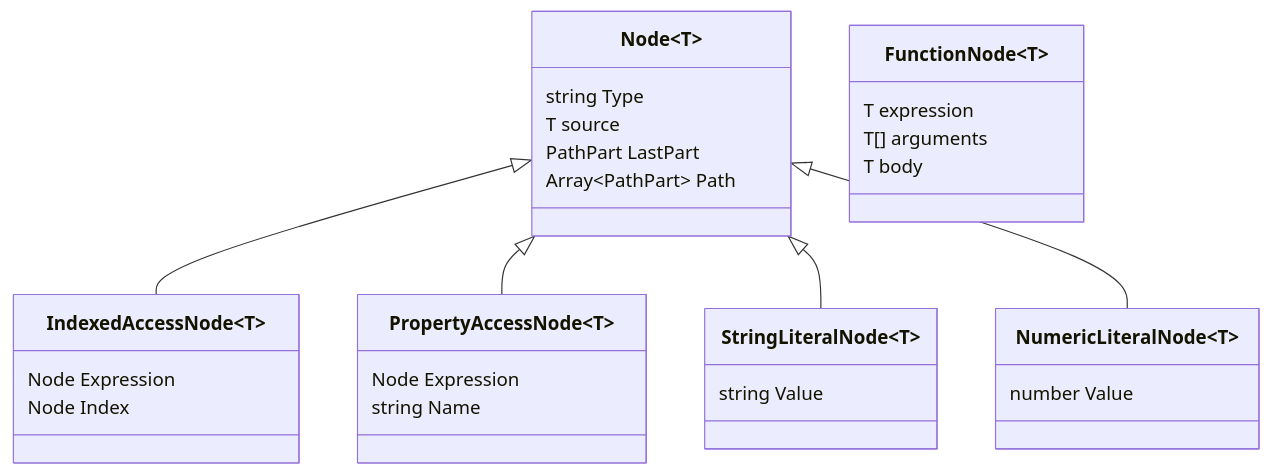
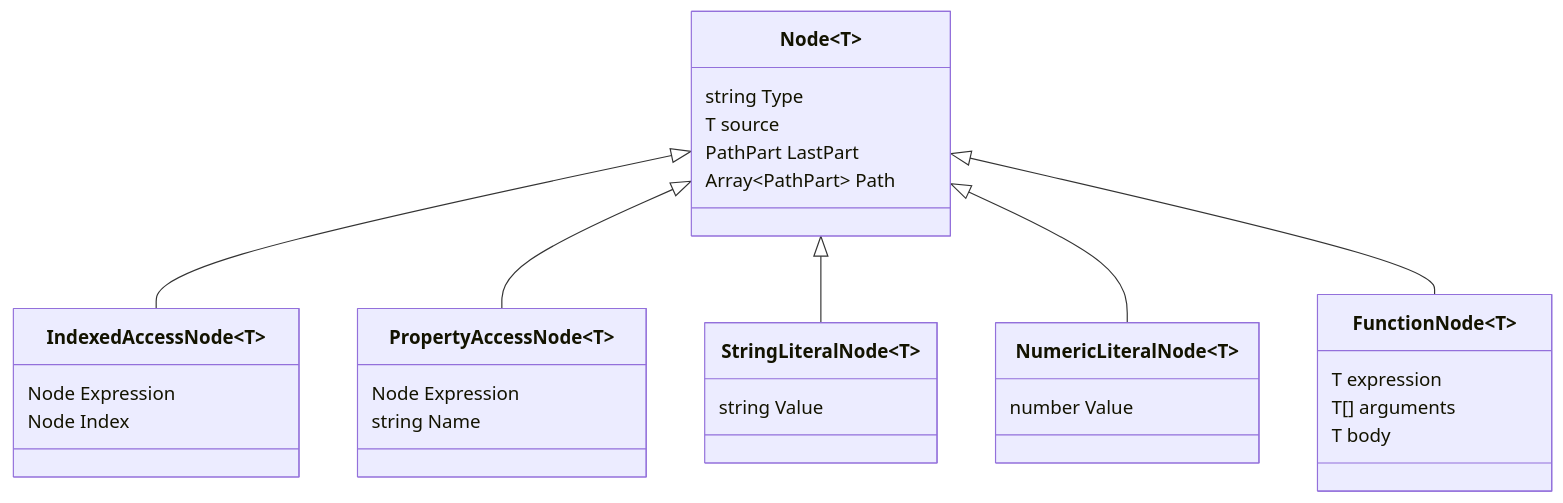
One commit to typescript-nameof/nameof changed the third of 4 diagrams in ClassDiagram.md. Above: the diagram before and after it, drawn with Mermaid.

Commit message:
Add missing link in class diagram

````diff
--- a/ClassDiagram.md
+++ b/ClassDiagram.md
@@ -107,38 +107,39 @@
 ```mermaid
 classDiagram
     class Node~T~ {
         string Type
         T source
         PathPart LastPart
         Array~PathPart~ Path
     }
 
     class PropertyAccessNode~T~ {
         Node Expression
         string Name
     }
 
     class IndexedAccessNode~T~ {
         Node Expression
         Node Index
     }
 
     class StringLiteralNode~T~ {
         string Value
     }
 
     class NumericLiteralNode~T~ {
         number Value
     }
 
     class FunctionNode~T~ {
         T expression
         T[] arguments
         T body
     }
 
     Node <|-- IndexedAccessNode
     Node <|-- PropertyAccessNode
     Node <|-- StringLiteralNode
     Node <|-- NumericLiteralNode
+    Node <|-- FunctionNode
 ```
````
